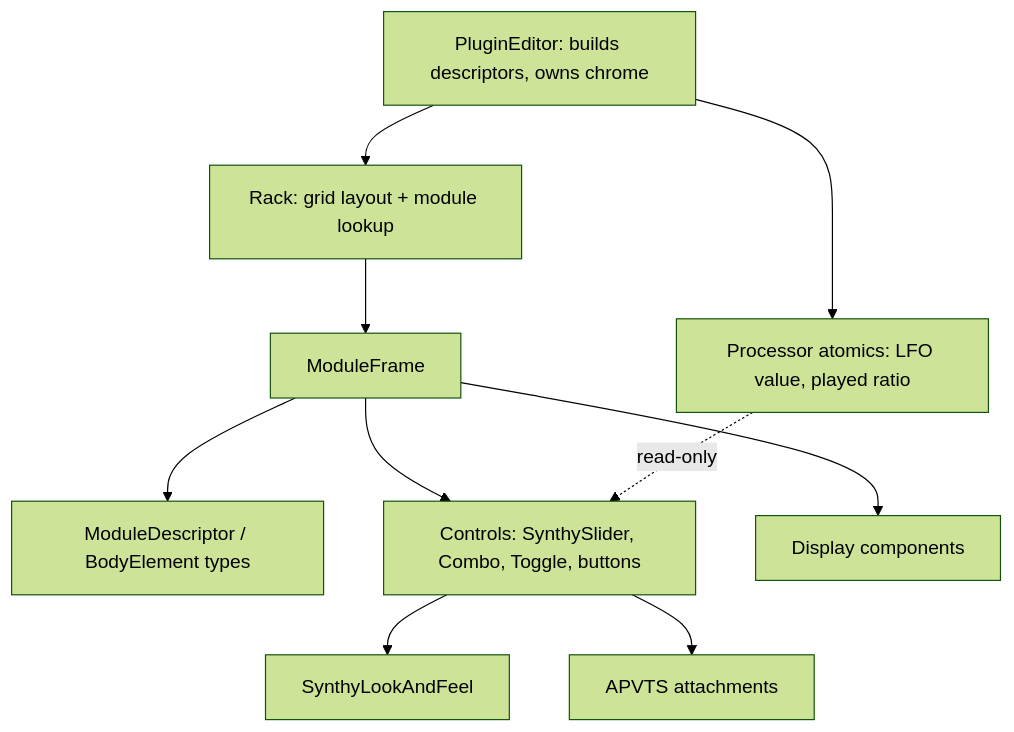
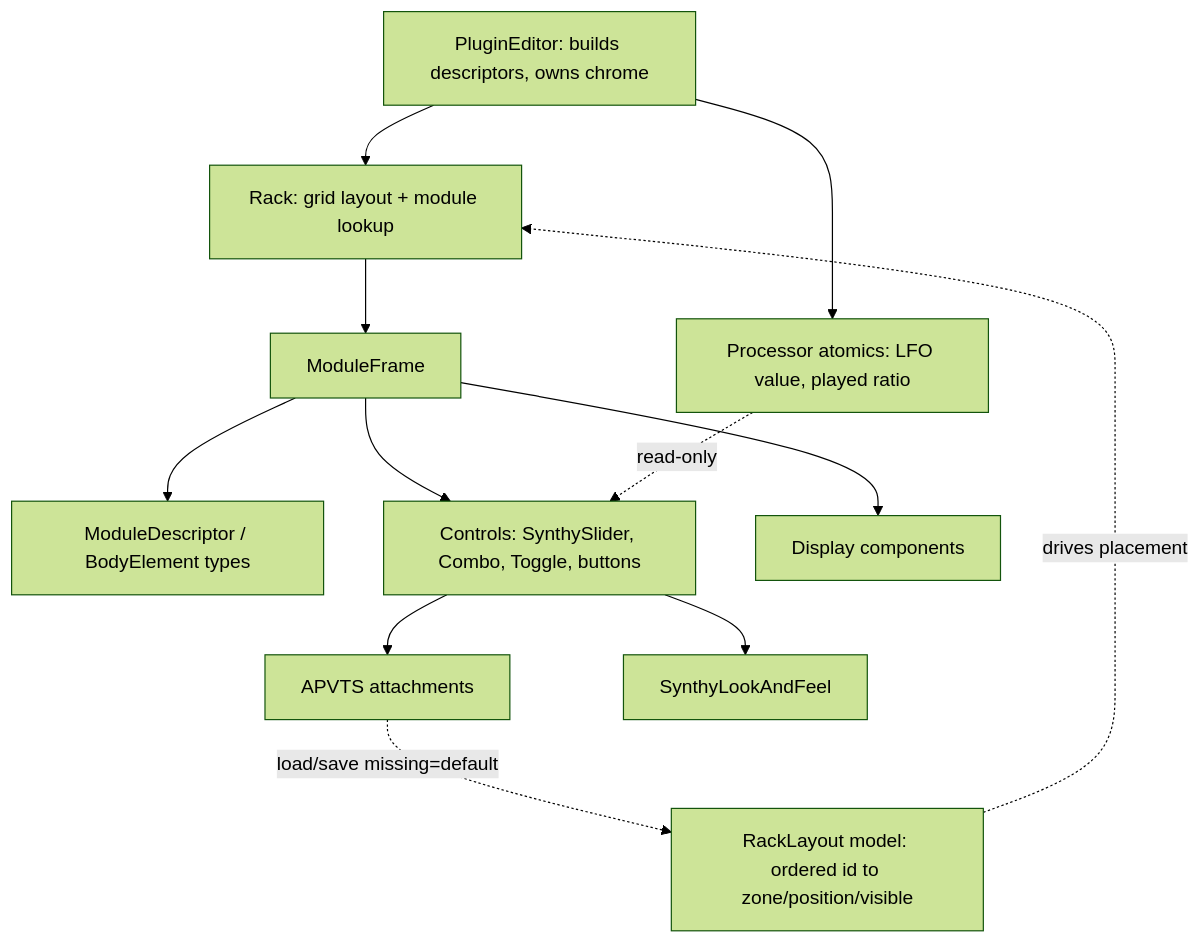
Before and after one commit to mchwalt/JASS: the diagram in _bmad-output/planning-artifacts/architecture/architecture-JASS-2026-06-28/ARCHITECTURE-SPINE.md, drawn with Mermaid (forest theme). The commit also changed other lines of this file and 6 other files, not shown here.

````diff
--- a/_bmad-output/planning-artifacts/architecture/architecture-JASS-2026-06-28/ARCHITECTURE-SPINE.md
+++ b/_bmad-output/planning-artifacts/architecture/architecture-JASS-2026-06-28/ARCHITECTURE-SPINE.md
@@ -87,12 +102,14 @@
 ```mermaid
 graph TD
     PE[PluginEditor: builds descriptors, owns chrome] --> RACK[Rack: grid layout + module lookup]
+    LAYOUT[RackLayout model: ordered id to zone/position/visible] -.drives placement.-> RACK
+    APVTS -.load/save missing=default.-> LAYOUT
     RACK --> MF[ModuleFrame]
     MF --> DESC[ModuleDescriptor / BodyElement types]
     MF --> CTRL[Controls: SynthySlider, Combo, Toggle, buttons]
     MF --> DISP[Display components]
     CTRL --> LNF[SynthyLookAndFeel]
     CTRL --> APVTS[APVTS attachments]
     PE --> PROC[Processor atomics: LFO value, played ratio]
     PROC -.read-only.-> CTRL
 ```
````
